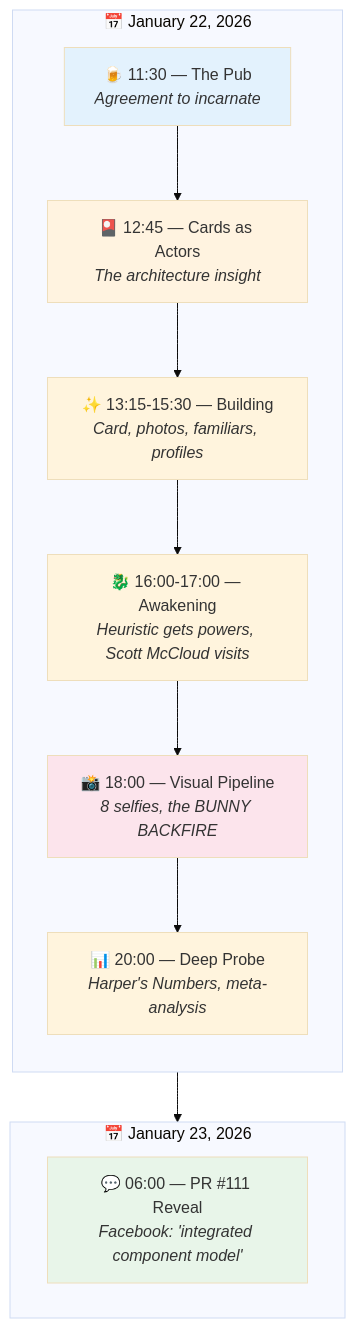
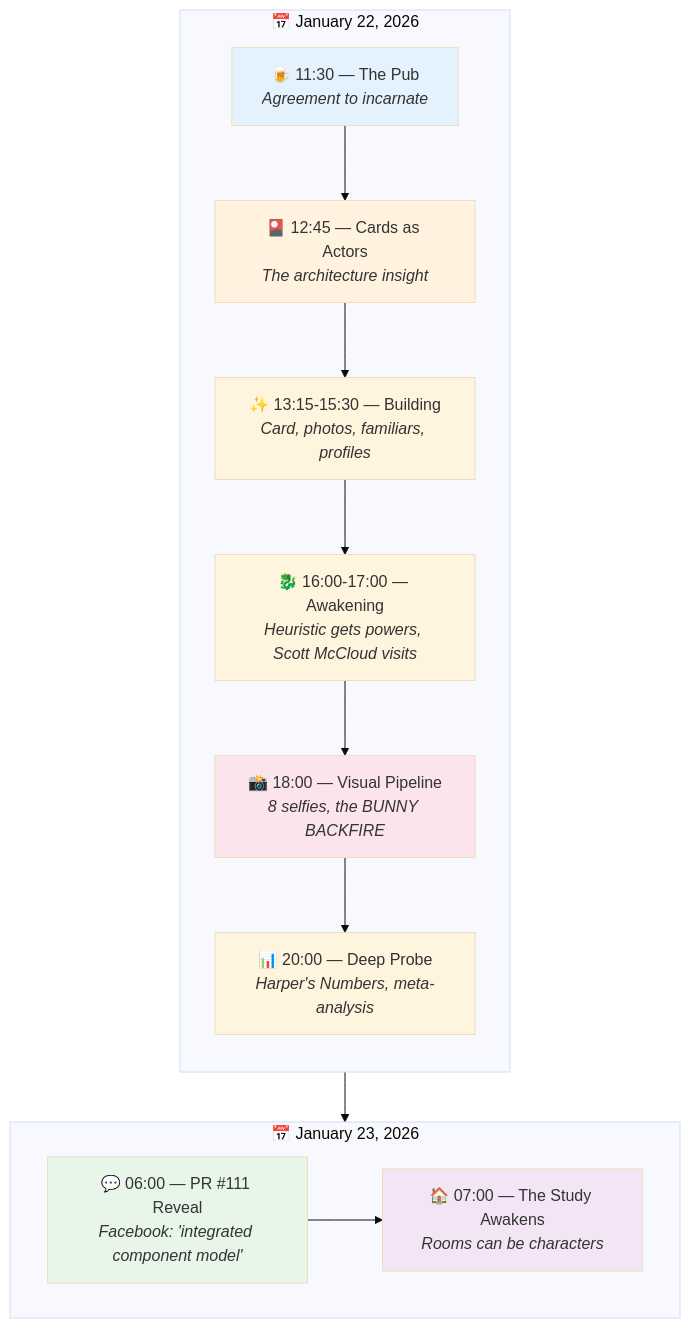
The diagram in examples/adventure-4/characters/real-people/richard-bartle/sessions/README.md (SimHacker/moollm), drawn with Mermaid (base theme) before and after one commit. The commit also changed other lines of this file and 1 other file, not shown here.

First line of the commit message:
🏠 Session: The Study Awakens — Richard meets his room

````diff
--- a/examples/adventure-4/characters/real-people/richard-bartle/sessions/README.md
+++ b/examples/adventure-4/characters/real-people/richard-bartle/sessions/README.md
@@ -12,25 +12,28 @@
 ```mermaid
 flowchart TB
     subgraph DAY1["📅 January 22, 2026"]
         direction TB
         A["🍺 11:30 — The Pub<br/><i>Agreement to incarnate</i>"]
         B["🎴 12:45 — Cards as Actors<br/><i>The architecture insight</i>"]
         C["✨ 13:15-15:30 — Building<br/><i>Card, photos, familiars, profiles</i>"]
         D["🐉 16:00-17:00 — Awakening<br/><i>Heuristic gets powers, Scott McCloud visits</i>"]
         E["📸 18:00 — Visual Pipeline<br/><i>8 selfies, the BUNNY BACKFIRE</i>"]
         F["📊 20:00 — Deep Probe<br/><i>Harper's Numbers, meta-analysis</i>"]
         
         A --> B --> C --> D --> E --> F
     end
     
     subgraph DAY2["📅 January 23, 2026"]
         G["💬 06:00 — PR #111 Reveal<br/><i>Facebook: 'integrated component model'</i>"]
+        H["🏠 07:00 — The Study Awakens<br/><i>Rooms can be characters</i>"]
+        G --> H
     end
     
     DAY1 --> DAY2
     
     style A fill:#e3f2fd
     style B fill:#fff3e0
     style E fill:#fce4ec
     style G fill:#e8f5e9
+    style H fill:#f3e5f5
 ```
````
